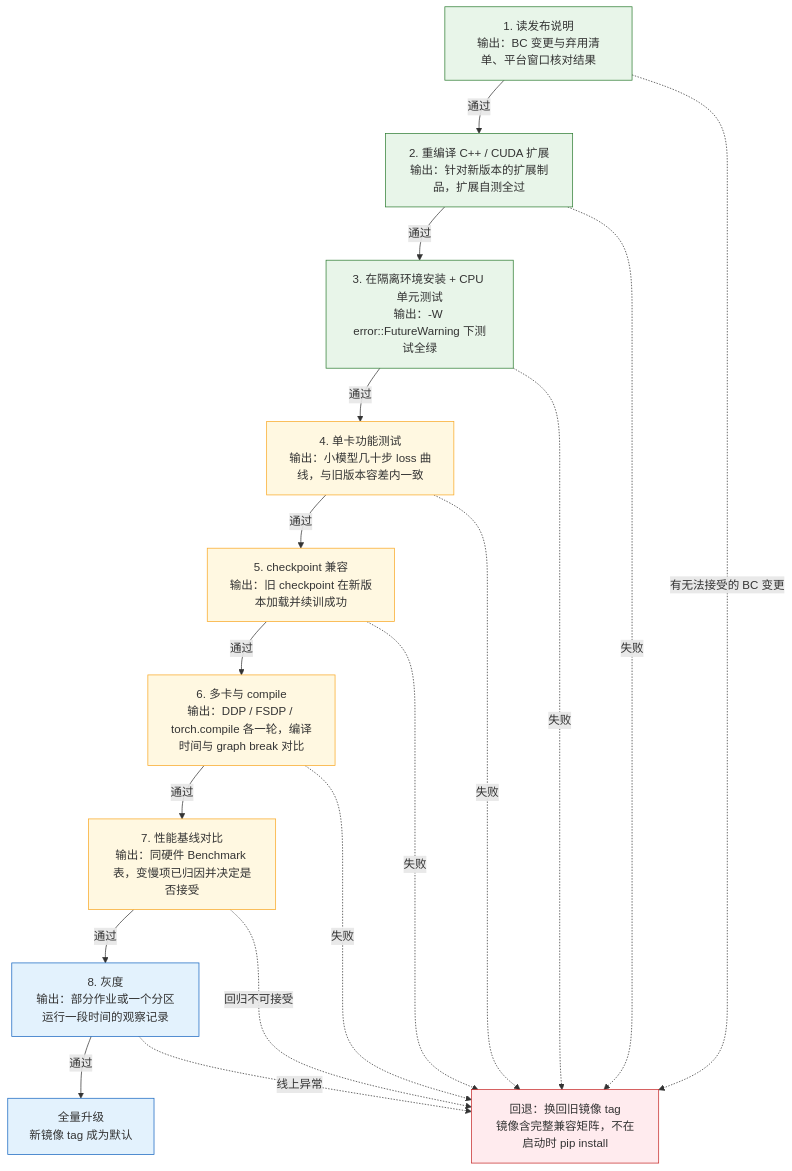
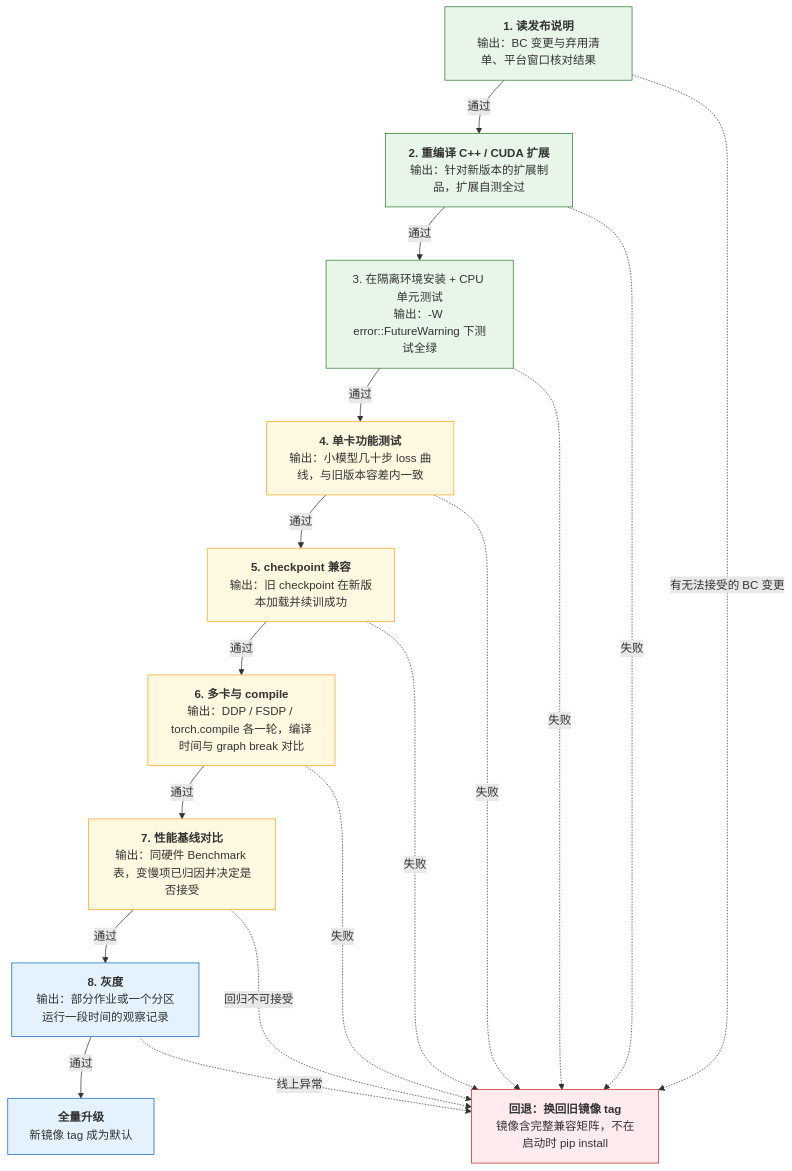
The fifth of 6 diagrams in _posts/2026-02-26-pytorch-engineering-system.md (arganzheng/arganzheng.github.com), drawn with Mermaid before and after one commit. The commit also changed other lines of this file and 10 other files, not shown here.

First line of the commit message:
PyTorch 深度实践：从 Tensor 到深度学习运行时：Mermaid 多行方框的首行标为标题（11 篇）

````diff
--- a/_posts/2026-02-26-pytorch-engineering-system.md
+++ b/_posts/2026-02-26-pytorch-engineering-system.md
@@ -793,32 +793,32 @@
 ```mermaid
 %% 图：升级 playbook 的八步：每步有明确输出物，通过才进下一步，失败则换回旧镜像 tag
 flowchart TB
-    S1["1. 读发布说明<br/>输出：BC 变更与弃用清单、平台窗口核对结果"]
-    S2["2. 重编译 C++ / CUDA 扩展<br/>输出：针对新版本的扩展制品，扩展自测全过"]
+    S1["<b>1. 读发布说明</b><br/>输出：BC 变更与弃用清单、平台窗口核对结果"]
+    S2["<b>2. 重编译 C++ / CUDA 扩展</b><br/>输出：针对新版本的扩展制品，扩展自测全过"]
     S3["3. 在隔离环境安装 + CPU 单元测试<br/>输出：-W error::FutureWarning 下测试全绿"]
-    S4["4. 单卡功能测试<br/>输出：小模型几十步 loss 曲线，与旧版本容差内一致"]
-    S5["5. checkpoint 兼容<br/>输出：旧 checkpoint 在新版本加载并续训成功"]
-    S6["6. 多卡与 compile<br/>输出：DDP / FSDP / torch.compile 各一轮，编译时间与 graph break 对比"]
-    S7["7. 性能基线对比<br/>输出：同硬件 Benchmark 表，变慢项已归因并决定是否接受"]
-    S8["8. 灰度<br/>输出：部分作业或一个分区运行一段时间的观察记录"]
-    DONE["全量升级<br/>新镜像 tag 成为默认"]
-    BACK["回退：换回旧镜像 tag<br/>镜像含完整兼容矩阵，不在启动时 pip install"]
+    S4["<b>4. 单卡功能测试</b><br/>输出：小模型几十步 loss 曲线，与旧版本容差内一致"]
+    S5["<b>5. checkpoint 兼容</b><br/>输出：旧 checkpoint 在新版本加载并续训成功"]
+    S6["<b>6. 多卡与 compile</b><br/>输出：DDP / FSDP / torch.compile 各一轮，编译时间与 graph break 对比"]
+    S7["<b>7. 性能基线对比</b><br/>输出：同硬件 Benchmark 表，变慢项已归因并决定是否接受"]
+    S8["<b>8. 灰度</b><br/>输出：部分作业或一个分区运行一段时间的观察记录"]
+    DONE["<b>全量升级</b><br/>新镜像 tag 成为默认"]
+    BACK["<b>回退：换回旧镜像 tag</b><br/>镜像含完整兼容矩阵，不在启动时 pip install"]
     S1 -->|"通过"| S2 -->|"通过"| S3 -->|"通过"| S4 -->|"通过"| S5 -->|"通过"| S6 -->|"通过"| S7 -->|"通过"| S8 -->|"通过"| DONE
     S1 -.->|"有无法接受的 BC 变更"| BACK
     S2 -.->|"失败"| BACK
     S3 -.->|"失败"| BACK
     S4 -.->|"失败"| BACK
     S5 -.->|"失败"| BACK
     S6 -.->|"失败"| BACK
     S7 -.->|"回归不可接受"| BACK
     S8 -.->|"线上异常"| BACK
 
     classDef low fill:#e8f5e9,stroke:#2e7d32;
     classDef mid fill:#fff8e1,stroke:#f9a825;
     classDef high fill:#e3f2fd,stroke:#1565c0;
     classDef bad fill:#ffebee,stroke:#c62828;
     class S1,S2,S3 low;
     class S4,S5,S6,S7 mid;
     class S8,DONE high;
     class BACK bad;
 ```
````
